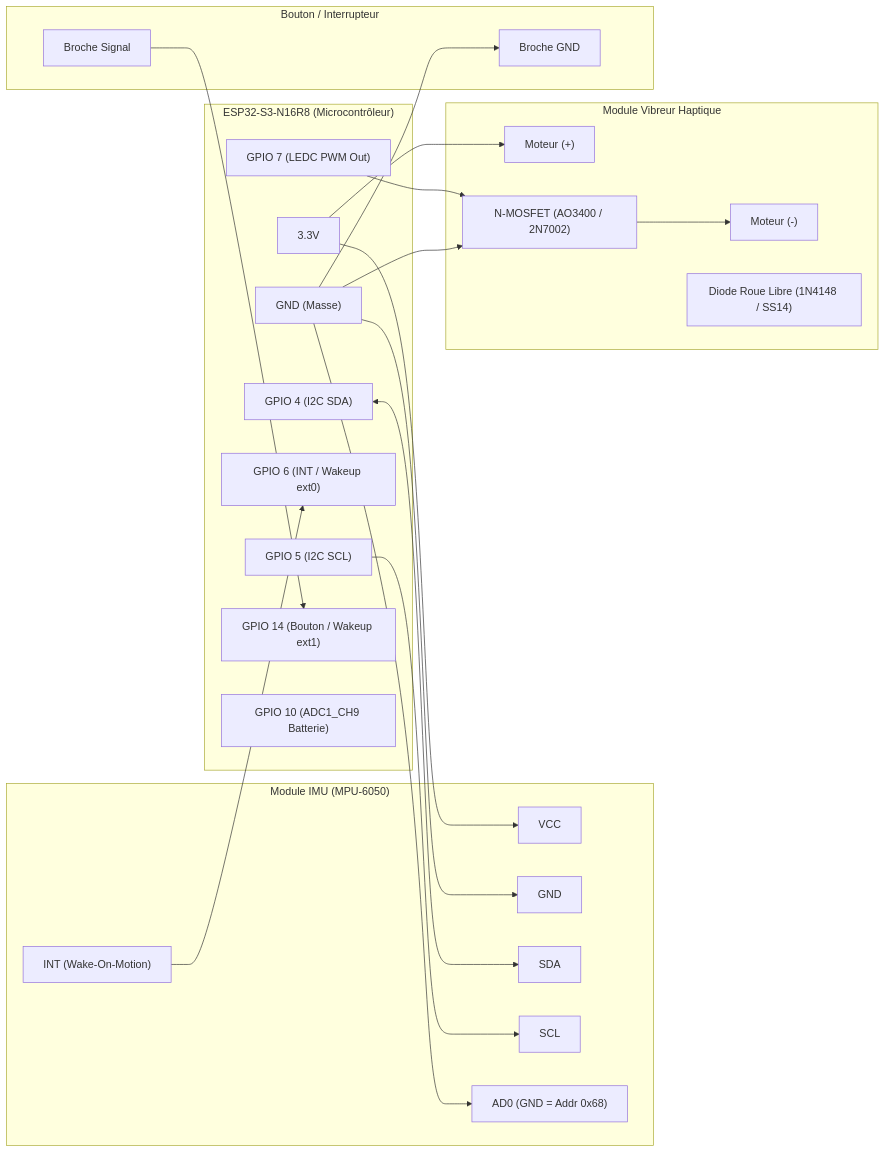
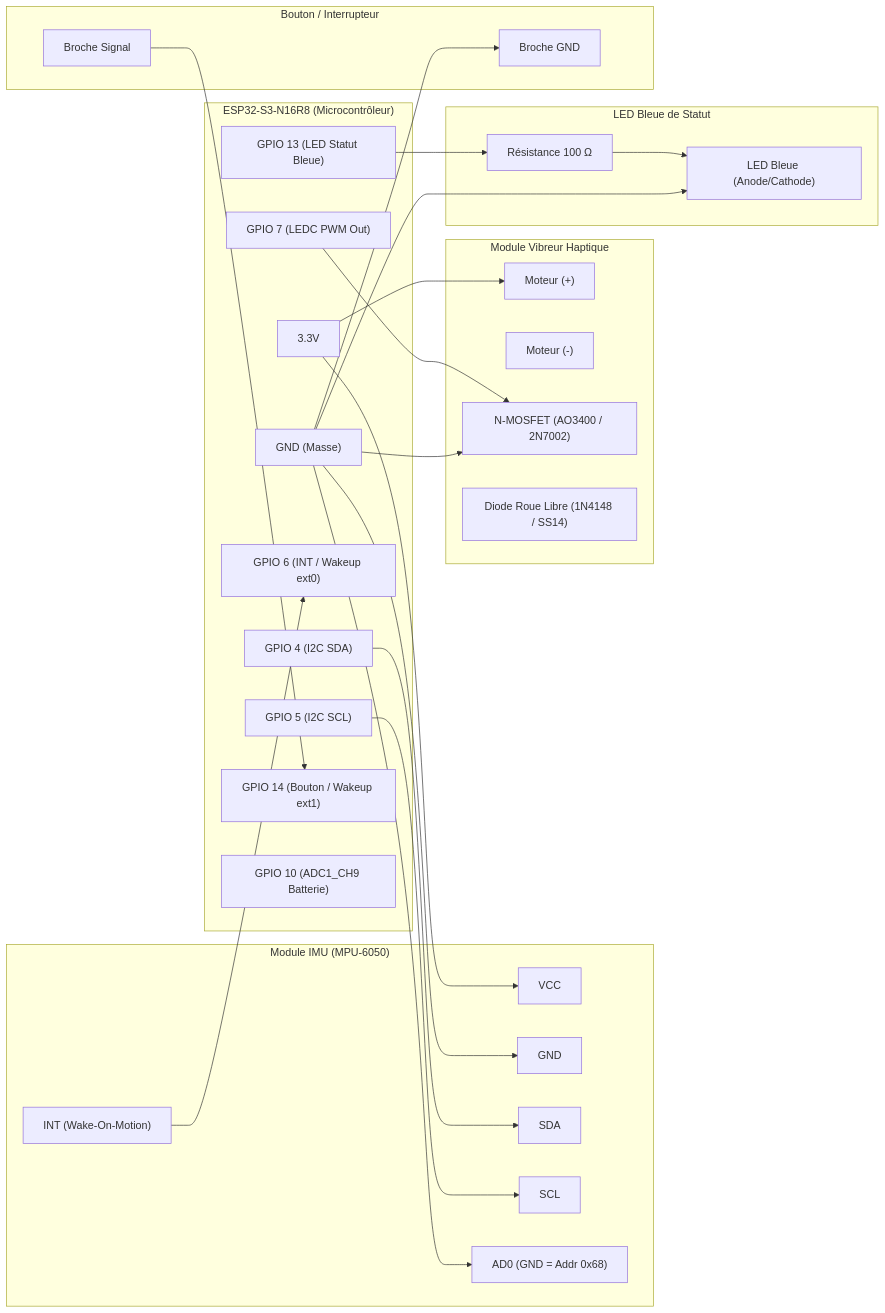
One commit to daverck/health-kicks-esp32-s3 changed the diagram in README.md. Above: the diagram before and after it, drawn with Mermaid. The commit also changed other lines of this file and 5 other files, not shown here.

First line of the commit message:
feat(actuators): implement status LED driver on GPIO 13 for BLE, calibration, and studio

````diff
--- a/README.md
+++ b/README.md
@@ -34,54 +35,56 @@
 ```mermaid
 graph LR
     subgraph ESP32["ESP32-S3-N16R8 (Microcontrôleur)"]
         3V3["3.3V"]
         GND["GND (Masse)"]
         GPIO4["GPIO 4 (I2C SDA)"]
         GPIO5["GPIO 5 (I2C SCL)"]
         GPIO6["GPIO 6 (INT / Wakeup ext0)"]
         GPIO7["GPIO 7 (LEDC PWM Out)"]
+        GPIO13["GPIO 13 (LED Statut Bleue)"]
         GPIO14["GPIO 14 (Bouton / Wakeup ext1)"]
         GPIO10["GPIO 10 (ADC1_CH9 Batterie)"]
     end
 
     subgraph IMU["Module IMU (MPU-6050)"]
         IMU_VCC["VCC"]
         IMU_GND["GND"]
         IMU_SDA["SDA"]
         IMU_SCL["SCL"]
         IMU_INT["INT (Wake-On-Motion)"]
         IMU_AD0["AD0 (GND = Addr 0x68)"]
     end
 
     subgraph HAPTIC["Module Vibreur Haptique"]
         MOT_POS["Moteur (+)"]
         MOT_NEG["Moteur (-)"]
         MOSFET["N-MOSFET (AO3400 / 2N7002)"]
         DIODE["Diode Roue Libre (1N4148 / SS14)"]
     end
 
+    subgraph LED["LED Bleue de Statut"]
+        R_LED["Résistance 100 Ω"]
+        LED_BL["LED Bleue (Anode/Cathode)"]
+    end
+
     subgraph BTN["Bouton / Interrupteur"]
         SW_1["Broche Signal"]
         SW_2["Broche GND"]
     end
 
-    %% Alimentations
+    %% Alimentations & Contrôles
     3V3 --> IMU_VCC
     3V3 --> MOT_POS
     GND --> IMU_GND
     GND --> IMU_AD0
     GND --> SW_2
     GND --> MOSFET
+    GND --> LED_BL
 
-    %% Signaux IMU
-    GPIO4 <--> IMU_SDA
+    GPIO4 --> IMU_SDA
     GPIO5 --> IMU_SCL
     IMU_INT --> GPIO6
-
-    %% Signal Vibreur
     GPIO7 --> MOSFET
-    MOSFET --> MOT_NEG
-
-    %% Signal Bouton
+    GPIO13 --> R_LED --> LED_BL
     SW_1 --> GPIO14
 ```
````
